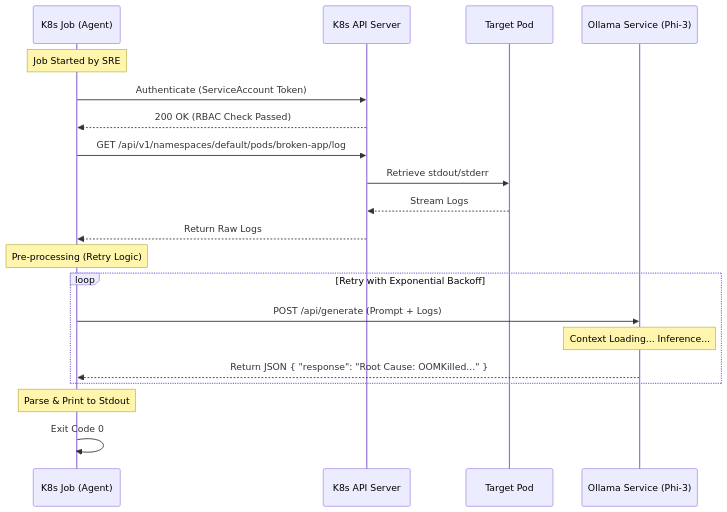
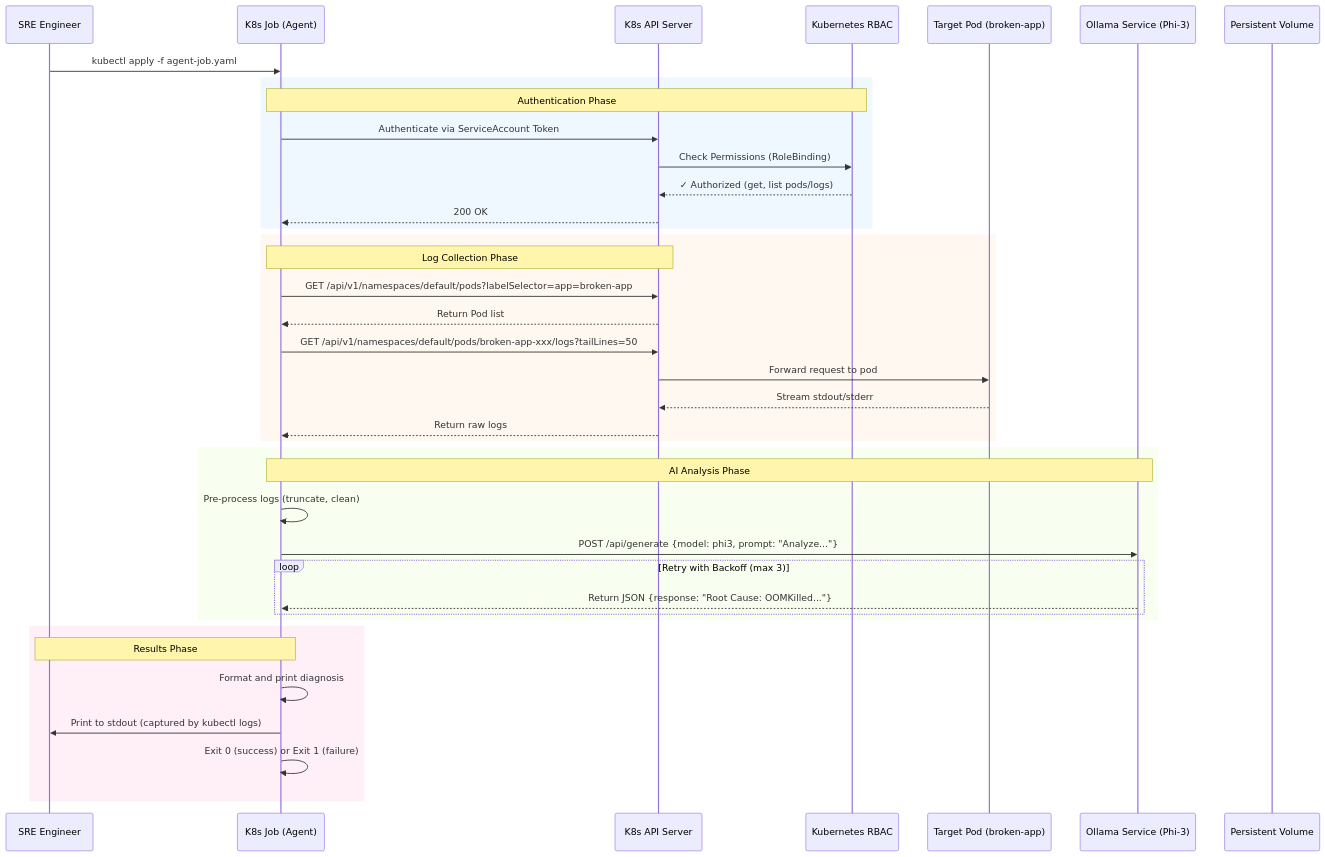
The third of 6 diagrams in ARCHITECTURE.md (fbscotta369/ai-sre-agent), drawn with Mermaid before and after one commit. The commit also changed other lines of this file and 3 other files, not shown here.

First line of the commit message:
docs: Enhanced documentation with detailed explanations and diagrams

````diff
--- a/ARCHITECTURE.md
+++ b/ARCHITECTURE.md
@@ -77,28 +119,47 @@
 ```mermaid
 sequenceDiagram
+    participant SRE as SRE Engineer
     participant Job as K8s Job (Agent)
     participant API as K8s API Server
-    participant App as Target Pod
-    participant AI as Ollama Service (Phi-3)
+    participant RBAC as Kubernetes RBAC
+    participant Pod as Target Pod (broken-app)
+    participant Ollama as Ollama Service (Phi-3)
+    participant PVC as Persistent Volume
 
-    Note over Job: Job Started by SRE
-    Job->>API: Authenticate (ServiceAccount Token)
-    API-->>Job: 200 OK (RBAC Check Passed)
-    
-    Job->>API: GET /api/v1/namespaces/default/pods/broken-app/log
-    API->>App: Retrieve stdout/stderr
-    App-->>API: Stream Logs
-    API-->>Job: Return Raw Logs
-    
-    Note over Job: Pre-processing (Retry Logic)
-    
-    loop Retry with Exponential Backoff
-        Job->>AI: POST /api/generate (Prompt + Logs)
-        Note over AI: Context Loading... Inference...
-        AI-->>Job: Return JSON { "response": "Root Cause: OOMKilled..." }
+    SRE->>Job: kubectl apply -f agent-job.yaml
+
+    rect rgb(240, 248, 255)
+        Note over Job,RBAC: Authentication Phase
+        Job->>API: Authenticate via ServiceAccount Token
+        API->>RBAC: Check Permissions (RoleBinding)
+        RBAC-->>API: ✓ Authorized (get, list pods/logs)
+        API-->>Job: 200 OK
     end
-    
-    Note over Job: Parse & Print to Stdout
-    Job->>Job: Exit Code 0
 
+    rect rgb(255, 248, 240)
+        Note over Job,API: Log Collection Phase
+        Job->>API: GET /api/v1/namespaces/default/pods?labelSelector=app=broken-app
+        API-->>Job: Return Pod list
+        Job->>API: GET /api/v1/namespaces/default/pods/broken-app-xxx/logs?tailLines=50
+        API->>Pod: Forward request to pod
+        Pod-->>API: Stream stdout/stderr
+        API-->>Job: Return raw logs
+    end
+
+    rect rgb(248, 255, 240)
+        Note over Job,Ollama: AI Analysis Phase
+        Job->>Job: Pre-process logs (truncate, clean)
+        Job->>Ollama: POST /api/generate {model: phi3, prompt: "Analyze..."}
+        
+        loop Retry with Backoff (max 3)
+            Ollama-->>Job: Return JSON {response: "Root Cause: OOMKilled..."}
+        end
+    end
+
+    rect rgb(255, 240, 248)
+        Note over Job,SRE: Results Phase
+        Job->>Job: Format and print diagnosis
+        Job->>SRE: Print to stdout (captured by kubectl logs)
+        Job->>Job: Exit 0 (success) or Exit 1 (failure)
+    end
 ```
````
